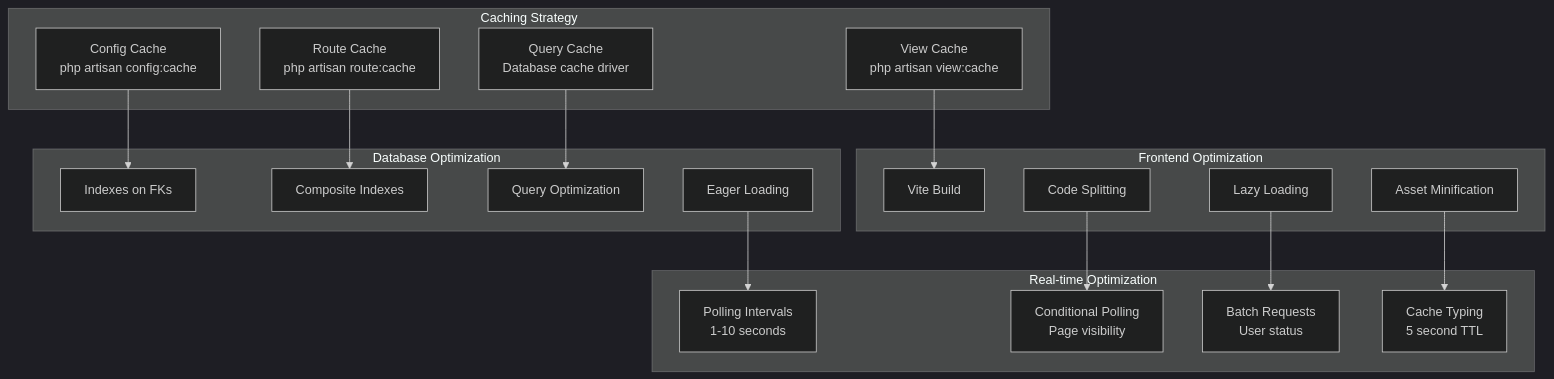
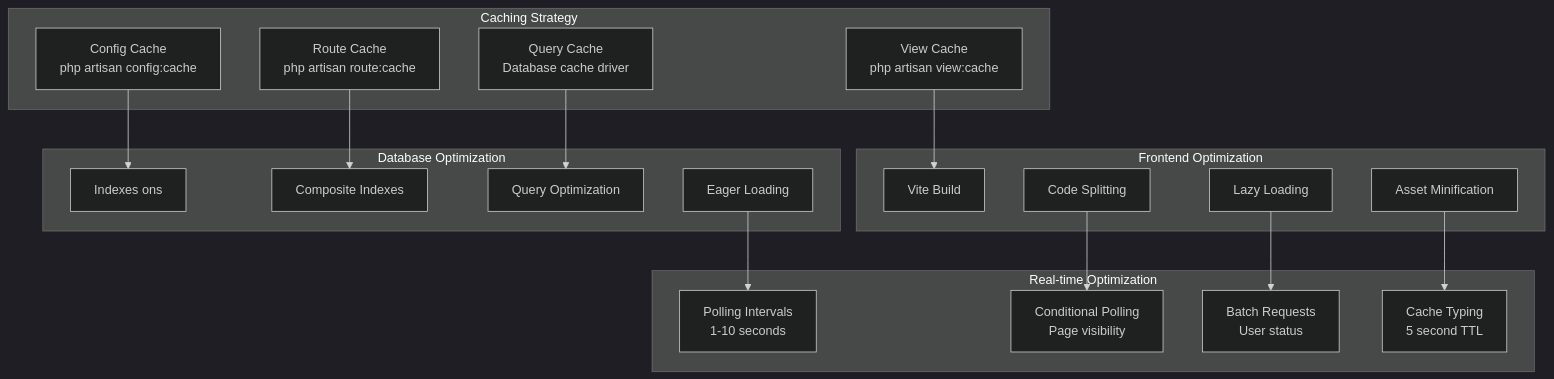
Before and after one commit to vd120/laravel_project: diagram 26 of 28 in UML.md, drawn with Mermaid (dark theme). The commit also changed other lines of this file, not shown here.

````diff
--- a/UML.md
+++ b/UML.md
@@ -1807,39 +1499,39 @@
 ```mermaid
 flowchart TB
     subgraph "Caching Strategy"
         C1[Config Cache<br/>php artisan config:cache]
         C2[Route Cache<br/>php artisan route:cache]
         C3[View Cache<br/>php artisan view:cache]
         C4[Query Cache<br/>Database cache driver]
     end
 
     subgraph "Database Optimization"
-        D1[Indexes on FKs]
+        D1[Indexes ons]
         D2[Composite Indexes]
         D3[Query Optimization]
         D4[Eager Loading]
     end
 
     subgraph "Frontend Optimization"
         F1[Vite Build]
         F2[Code Splitting]
         F3[Lazy Loading]
         F4[Asset Minification]
     end
 
     subgraph "Real-time Optimization"
         R1[Polling Intervals<br/>1-10 seconds]
         R2[Conditional Polling<br/>Page visibility]
         R3[Batch Requests<br/>User status]
         R4[Cache Typing<br/>5 second TTL]
     end
 
     C1 --> D1
     C2 --> D2
     C3 --> F1
     C4 --> D3
     D4 --> R1
     F2 --> R2
     F3 --> R3
     F4 --> R4
 ```
````
